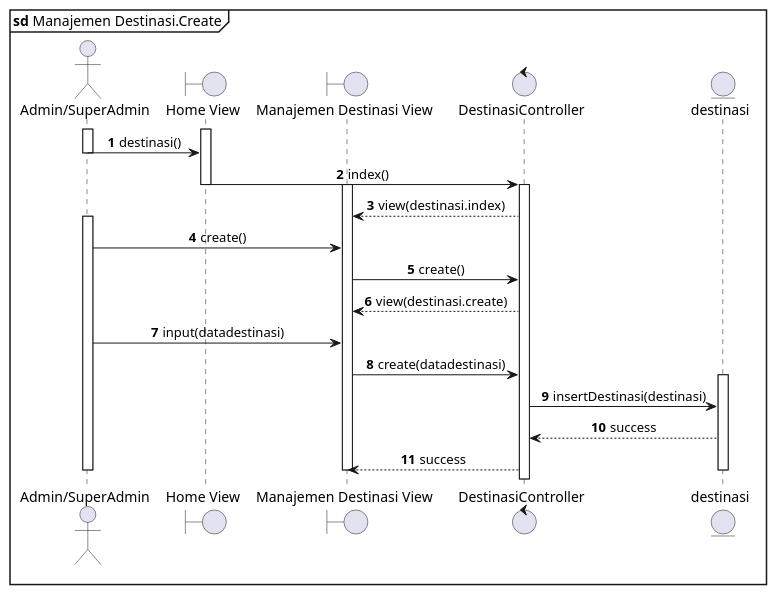
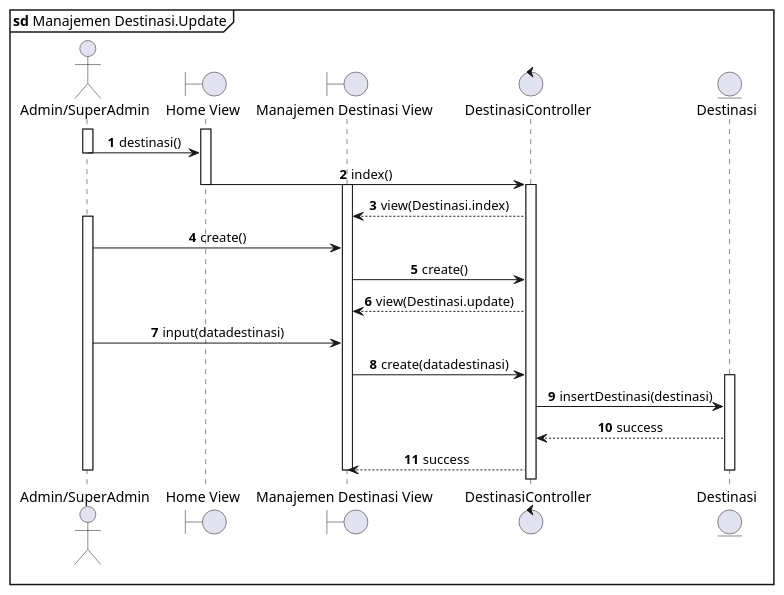
One commit to MF-Rozi/wisata-bumnag-TA changed the diagram in web/Manajemen Destinasi/manajemen-destinasi.update.pu. Above: the diagram before and after it, drawn with PlantUML. The commit also changed 5 other files, not shown here.

```diff
--- a/web/Manajemen Destinasi/manajemen-destinasi.update.pu
+++ b/web/Manajemen Destinasi/manajemen-destinasi.update.pu
@@ -1,36 +1,36 @@
-@startuml Destinasi Verification Success
-mainframe **sd** Manajemen Destinasi.Create
+@startuml Destinasi Manajemen.Update
+mainframe **sd** Manajemen Destinasi.Update
 actor "Admin/SuperAdmin"  as User
 boundary "Home View" as HomeView
 boundary "Manajemen Destinasi View" as DestinasiView
 control DestinasiController 
-entity destinasi as DestinasiModel
+entity Destinasi as DestinasiModel
 
 autonumber
 ' autoactivate on
 skinparam SequenceMessageAlignment center
 
 activate User
 activate HomeView
 User->HomeView: destinasi()
 deactivate User
 HomeView->DestinasiController: index()
 deactivate HomeView
 activate DestinasiController
 activate DestinasiView
-DestinasiController-->DestinasiView: view(destinasi.index)
+DestinasiController-->DestinasiView: view(Destinasi.index)
 activate User
 User->DestinasiView: create()
 DestinasiView->DestinasiController : create()
-DestinasiController --> DestinasiView: view(destinasi.create)
+DestinasiController --> DestinasiView: view(Destinasi.update)
 User->DestinasiView: input(datadestinasi)
 DestinasiView->DestinasiController: create(datadestinasi)
 activate DestinasiModel
 DestinasiController->DestinasiModel: insertDestinasi(destinasi)
 DestinasiModel-->DestinasiController: success
 DestinasiController-->DestinasiView: success
 deactivate DestinasiModel
 deactivate DestinasiView
 deactivate User
 
 @enduml
```
